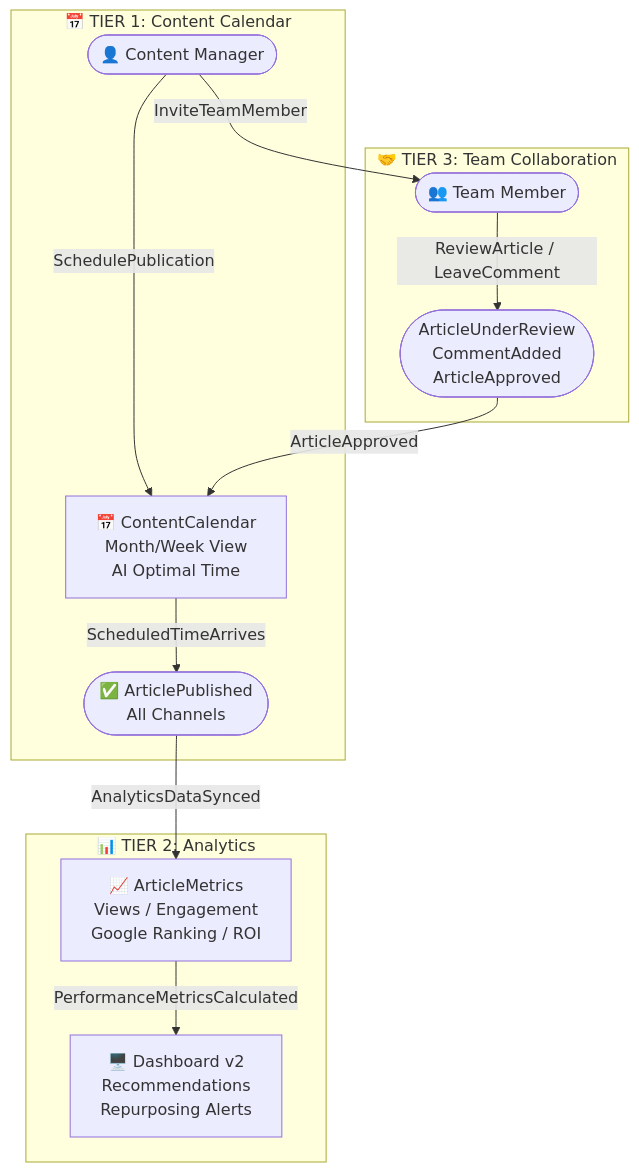
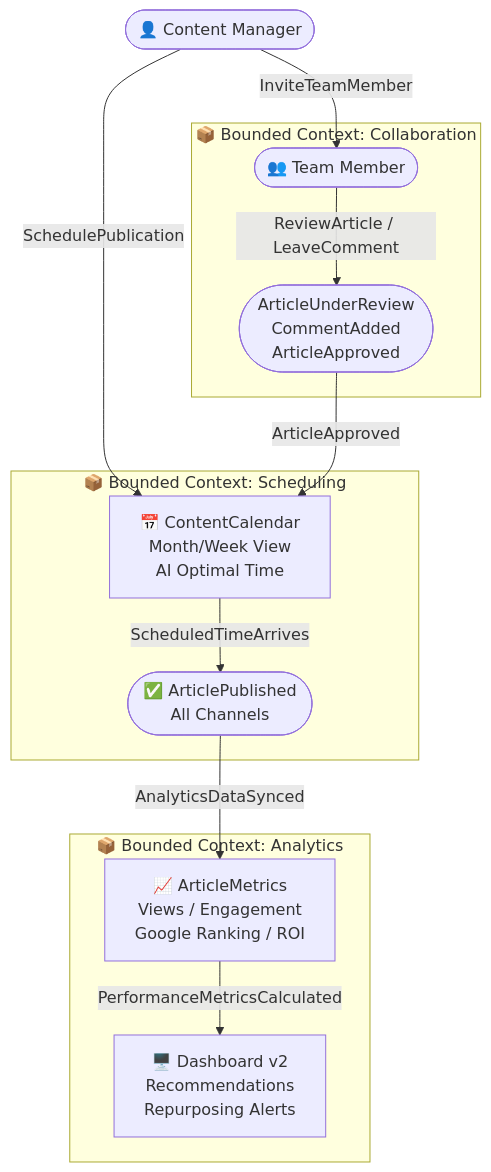
The second of 2 diagrams in 03-Event-Storming-AS-IS-TO-BE.md (NikopolNiko/floowe-project), drawn with Mermaid before and after one commit. The commit also changed other lines of this file, not shown here.

Commit message:
Fix: Bounded Context w diagramach Mermaid, korekta literowek w sekcji 6

````diff
--- a/03-Event-Storming-AS-IS-TO-BE.md
+++ b/03-Event-Storming-AS-IS-TO-BE.md
@@ -237,16 +249,22 @@
 ```mermaid
 flowchart TD
-    subgraph COLLAB["🤝 TIER 3: Team Collaboration"]
-        A3(["👥 Team Member"]) -->|"ReviewArticle / LeaveComment"| R1(["ArticleUnderReview\nCommentAdded\nArticleApproved"])
+    subgraph BC_COLLAB["📦 Bounded Context: Collaboration"]
+        A3(["👥 Team Member"])
+        R1(["ArticleUnderReview\nCommentAdded\nArticleApproved"])
+        A3 -->|"ReviewArticle / LeaveComment"| R1
     end
-    subgraph SCHED["📅 TIER 1: Content Calendar"]
-        A1(["👤 Content Manager"]) -->|"SchedulePublication"| CAL["📅 ContentCalendar\nMonth/Week View\nAI Optimal Time"]
-        R1 -->|"ArticleApproved"| CAL
-        CAL -->|"ScheduledTimeArrives"| PUB(["✅ ArticlePublished\nAll Channels"])
+    subgraph BC_SCHED["📦 Bounded Context: Scheduling"]
+        CAL["📅 ContentCalendar\nMonth/Week View\nAI Optimal Time"]
+        PUB(["✅ ArticlePublished\nAll Channels"])
+        CAL -->|"ScheduledTimeArrives"| PUB
     end
-    subgraph ANALY["📊 TIER 2: Analytics"]
-        PUB -->|"AnalyticsDataSynced"| MET["📈 ArticleMetrics\nViews / Engagement\nGoogle Ranking / ROI"]
-        MET -->|"PerformanceMetricsCalculated"| DASH["🖥️ Dashboard v2\nRecommendations\nRepurposing Alerts"]
+    subgraph BC_ANALYTICS["📦 Bounded Context: Analytics"]
+        MET["📈 ArticleMetrics\nViews / Engagement\nGoogle Ranking / ROI"]
+        DASH["🖥️ Dashboard v2\nRecommendations\nRepurposing Alerts"]
+        MET -->|"PerformanceMetricsCalculated"| DASH
     end
-    A1 -->|"InviteTeamMember"| A3
+    A1(["👤 Content Manager"]) -->|"InviteTeamMember"| A3
+    A1 -->|"SchedulePublication"| CAL
+    R1 -->|"ArticleApproved"| CAL
+    PUB -->|"AnalyticsDataSynced"| MET
 ```
````
